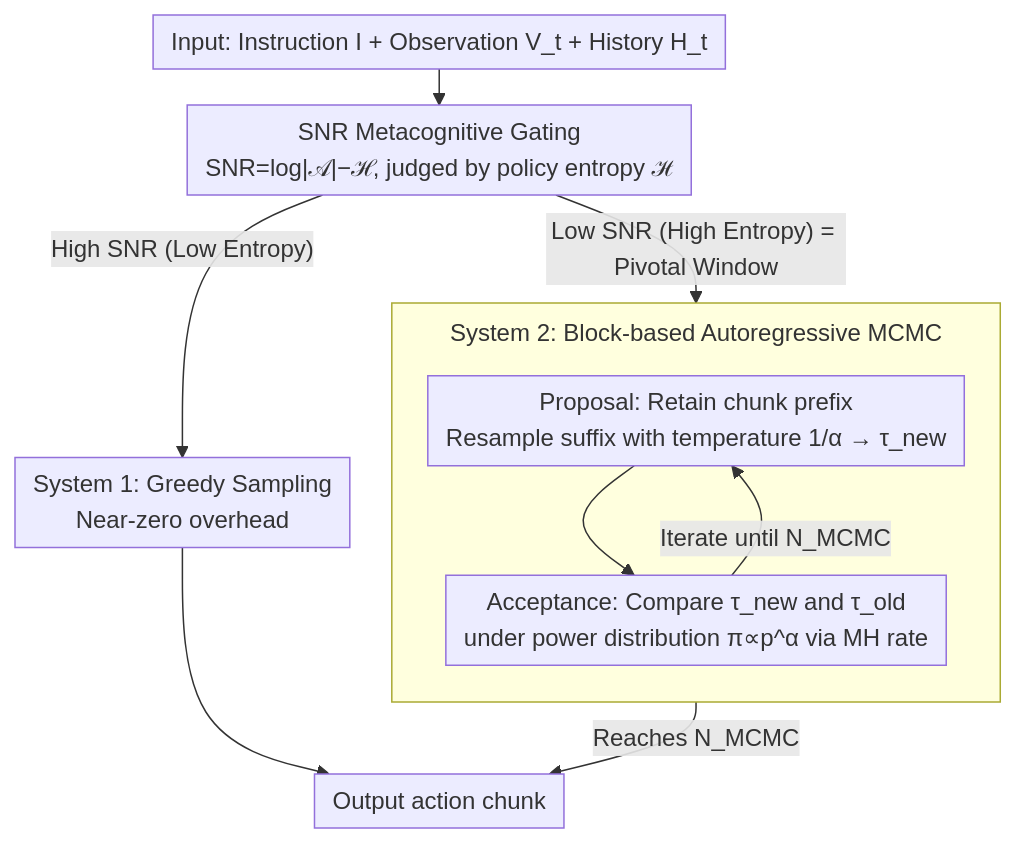
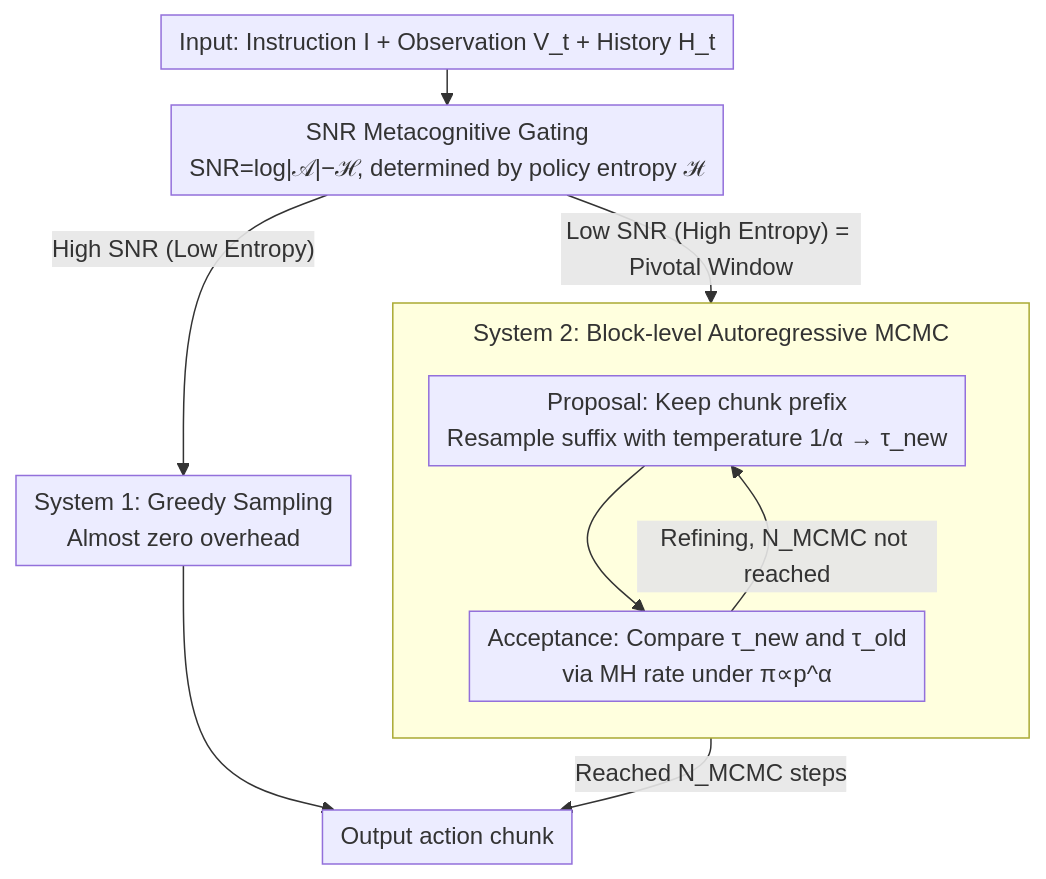
One commit to zhaoyang97/Paper-Notes-en changed the diagram in docs/ICML2026/robotics/drift_is_a_sampling_error_snr-aware_power_distributions_for_long-horizon_robotic.md. Above: the diagram before and after it, drawn with Mermaid. The commit also changed other lines of this file and 5084 other files, not shown here.

````diff
--- a/docs/ICML2026/robotics/drift_is_a_sampling_error_snr-aware_power_distributions_for_long-horizon_robotic.md
+++ b/docs/ICML2026/robotics/drift_is_a_sampling_error_snr-aware_power_distributions_for_long-horizon_robotic.md
@@ -52,15 +52,15 @@
 ```mermaid
 %%{init: {'flowchart': {'rankSpacing': 24, 'nodeSpacing': 28, 'padding': 6, 'wrappingWidth': 400, 'subGraphTitleMargin': {'top': 8, 'bottom': 16}}}}%%
 flowchart TD
-    A["Input: Instruction I + Observation V_t + History H_t"] --> B["SNR Metacognitive Gating<br/>SNR=log|𝒜|−ℋ, judged by policy entropy ℋ"]
-    B -->|"High SNR (Low Entropy)"| C["System 1: Greedy Sampling<br/>Near-zero overhead"]
+    A["Input: Instruction I + Observation V_t + History H_t"] --> B["SNR Metacognitive Gating<br/>SNR=log|𝒜|−ℋ, determined by policy entropy ℋ"]
+    B -->|"High SNR (Low Entropy)"| C["System 1: Greedy Sampling<br/>Almost zero overhead"]
     B -->|"Low SNR (High Entropy) = Pivotal Window"| D
-    subgraph S2["System 2: Block-based Autoregressive MCMC"]
+    subgraph S2["System 2: Block-level Autoregressive MCMC"]
         direction TB
-        D["Proposal: Retain chunk prefix<br/>Resample suffix with temperature 1/α → τ_new"]
-        D --> E["Acceptance: Compare τ_new and τ_old<br/>under power distribution π∝p^α via MH rate"]
-        E -->|"Iterate until N_MCMC"| D
+        D["Proposal: Keep chunk prefix<br/>Resample suffix with temperature 1/α → τ_new"]
+        D --> E["Acceptance: Compare τ_new and τ_old<br/>via MH rate under π∝p^α"]
+        E -->|"Refining, N_MCMC not reached"| D
     end
     C --> F["Output action chunk"]
-    E -->|"Reaches N_MCMC"| F
+    E -->|"Reached N_MCMC steps"| F
 ```
````
